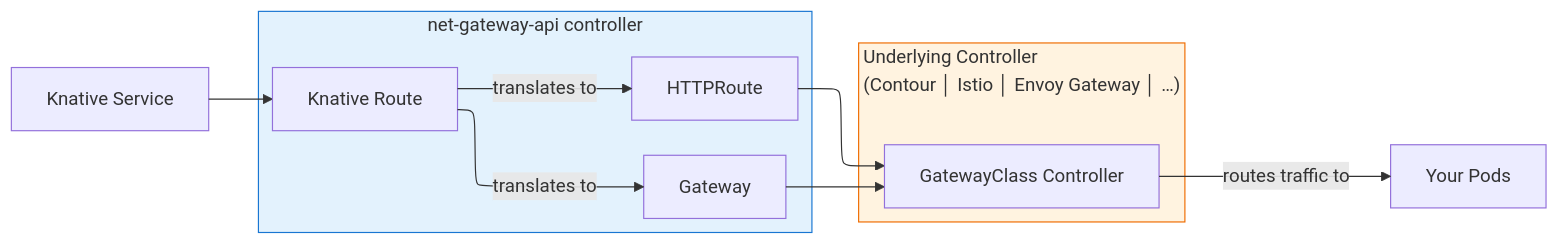
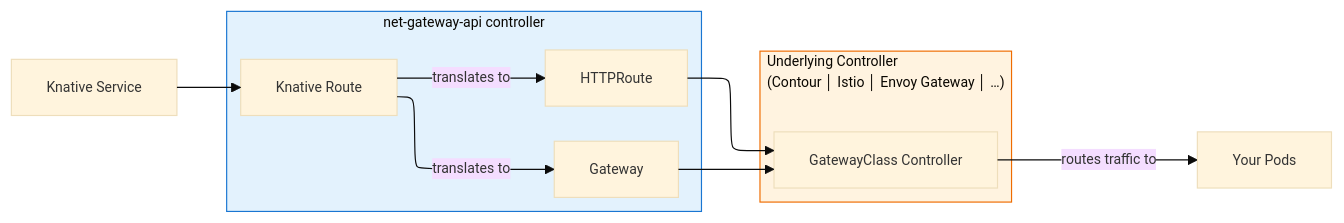
Before and after one commit to knative/docs: the seventh of 8 diagrams in docs/versioned/serving/config-network-adapters.md, drawn with Mermaid. The commit also changed other lines of this file, not shown here.

````diff
--- a/docs/versioned/serving/config-network-adapters.md
+++ b/docs/versioned/serving/config-network-adapters.md
@@ -203,24 +198,25 @@
     ```mermaid
     ---
     config:
       layout: elk
       theme: default
     ---
+    %%{init: {'theme': 'base', 'themeVariables': { 'fontSize': '12px' }, 'flowchart': {'nodeSpacing': 30, 'rankSpacing': 40} }}%%
     flowchart LR
      subgraph net-gateway-api["net-gateway-api&nbsp;controller"]
             GW["Gateway"]
             Route["Knative&nbsp;Route"]
             HR["HTTPRoute"]
       end
      subgraph underlying["Underlying&nbsp;Controller<br>(Contour │ Istio │ Envoy Gateway │ …)"]
         Controller["GatewayClass&nbsp;Controller"]
       end
         KSvc["Knative&nbsp;Service"] --> Route
         Route -- translates&nbsp;to --> GW & HR
         GW --> Controller
         HR --> Controller
         Controller -- routes&nbsp;traffic&nbsp;to --> Pods["Your&nbsp;Pods"]
 
     style net-gateway-api fill:#e3f2fd,stroke:#1976d2
     style underlying fill:#fff3e0,stroke:#ef6c00
     ```
````
